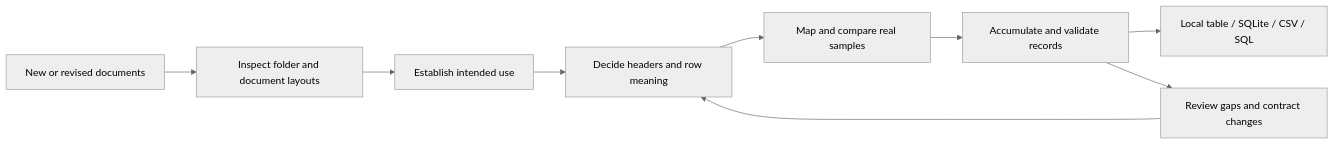
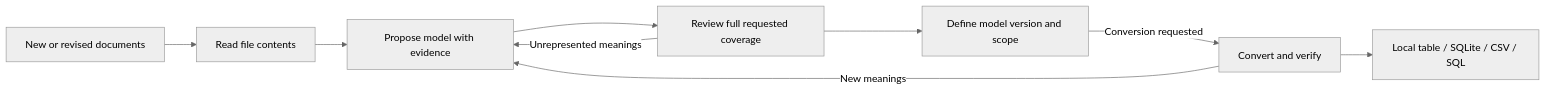
One commit to NextSpace2025/axis_migration changed the first of 2 diagrams in README.md. Above: the diagram before and after it, drawn with Mermaid (neutral theme). The commit also changed other lines of this file and 27 other files, not shown here.

````diff
--- a/README.md
+++ b/README.md
@@ -31,11 +37,11 @@
 ```mermaid
 flowchart LR
-    A[Inspect folder and document layouts] --> B[Establish intended use]
-    B --> C[Decide headers and row meaning]
-    C --> D[Map and compare real samples]
-    D --> E[Accumulate and validate records]
+    A[Read file contents] --> B[Propose model with evidence]
+    B --> C[Review full requested coverage]
+    C -->|Unrepresented meanings| B
+    C --> D[Define model version and scope]
+    D -->|Conversion requested| E[Convert and verify]
     E --> F[Local table / SQLite / CSV / SQL]
     G[New or revised documents] --> A
-    E --> H[Review gaps and contract changes]
-    H --> C
+    E -->|New meanings| B
 ```
````
